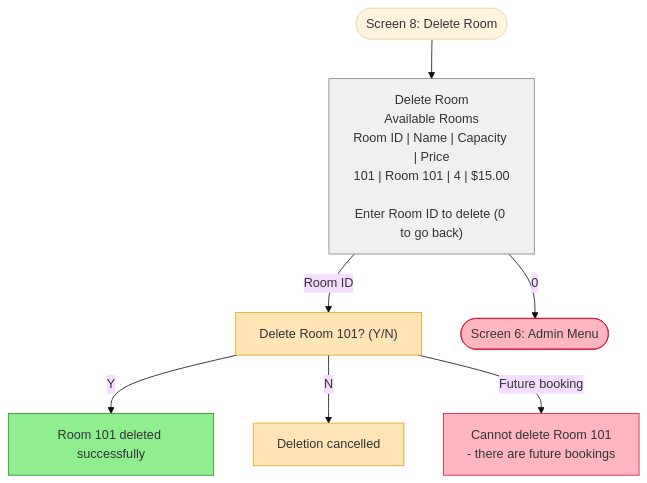
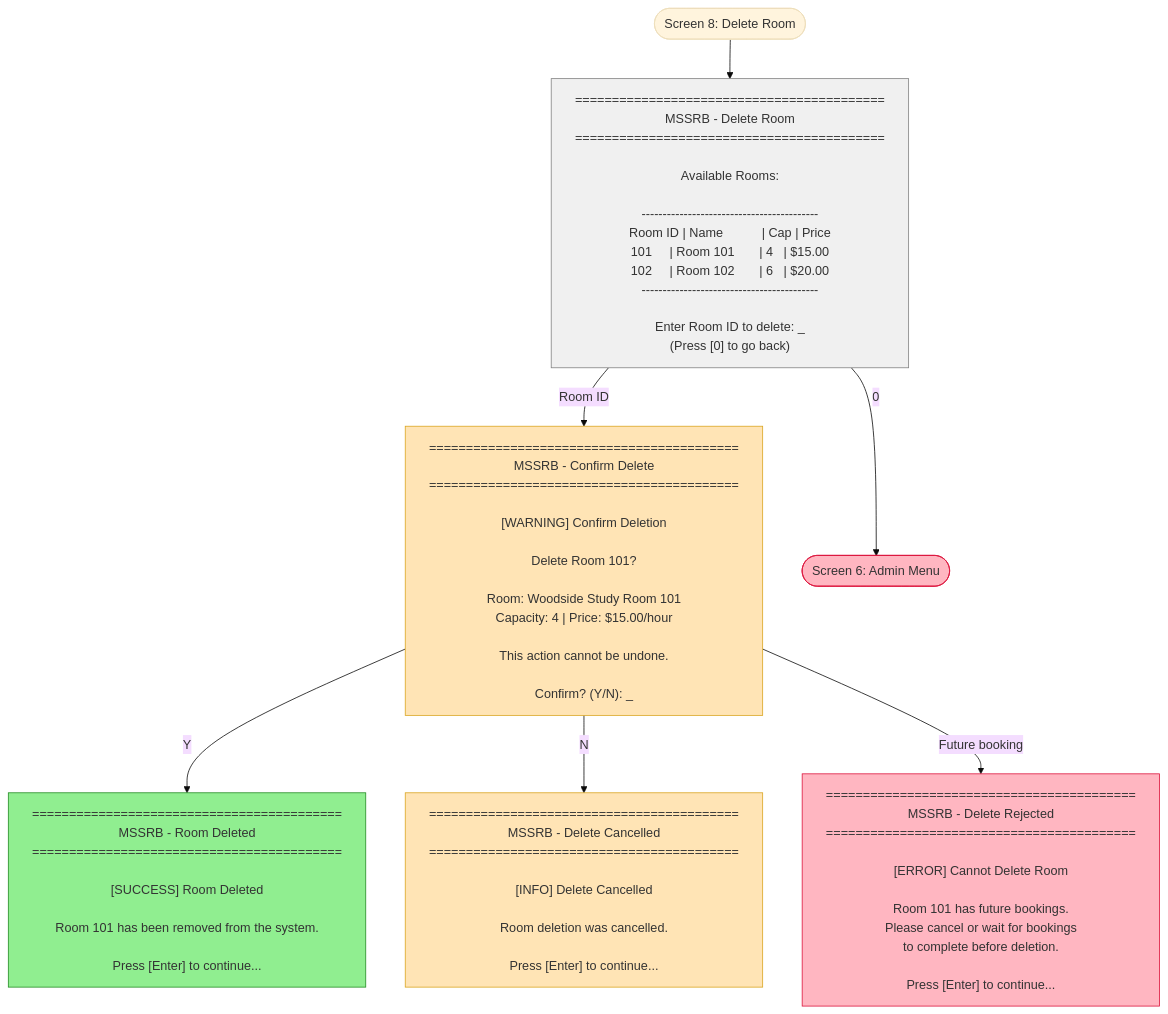
The diagram in mermaid/member_b/08_delete_room.flowchart.mmd (alii0110-monash/fit5136-study-room-booking), drawn with Mermaid (base theme) before and after one commit. The commit also changed 14 other files, not shown here.

First line of the commit message:
Convert all Mermaid files to screen-style format

```diff
--- a/mermaid/member_b/08_delete_room.flowchart.mmd
+++ b/mermaid/member_b/08_delete_room.flowchart.mmd
@@ -1,22 +1,90 @@
 flowchart TB
     DELETE_ROOM(["Screen 8: Delete Room"])
-    DR1["Delete Room<br>Available Rooms<br>Room ID | Name | Capacity | Price<br>101 | Room 101 | 4 | $15.00<br><br>Enter Room ID to delete (0 to go back)"]
-    DR2["Delete Room 101? (Y/N)"]
-    DR3["Room 101 deleted successfully"]
-    DR4["Deletion cancelled"]
-    DR5["Cannot delete Room 101<br>- there are future bookings"]
+
+    DR1["
+==========================================
+MSSRB - Delete Room
+==========================================
+
+Available Rooms:
+
+------------------------------------------
+Room ID | Name           | Cap | Price
+101     | Room 101       | 4   | $15.00
+102     | Room 102       | 6   | $20.00
+------------------------------------------
+
+Enter Room ID to delete: _
+(Press [0] to go back)
+    "]
+
+    DR2["
+==========================================
+MSSRB - Confirm Delete
+==========================================
+
+[WARNING] Confirm Deletion
+
+Delete Room 101?
+
+Room: Woodside Study Room 101
+Capacity: 4 | Price: $15.00/hour
+
+This action cannot be undone.
+
+Confirm? (Y/N): _
+    "]
+
+    DR3["
+==========================================
+MSSRB - Room Deleted
+==========================================
+
+[SUCCESS] Room Deleted
+
+Room 101 has been removed from the system.
+
+Press [Enter] to continue...
+    "]
+
+    DR4["
+==========================================
+MSSRB - Delete Cancelled
+==========================================
+
+[INFO] Delete Cancelled
+
+Room deletion was cancelled.
+
+Press [Enter] to continue...
+    "]
+
+    DR5["
+==========================================
+MSSRB - Delete Rejected
+==========================================
+
+[ERROR] Cannot Delete Room
+
+Room 101 has future bookings.
+Please cancel or wait for bookings
+to complete before deletion.
+
+Press [Enter] to continue...
+    "]
+
     ADMIN(["Screen 6: Admin Menu"])
 
     DELETE_ROOM --> DR1
     DR1 -->|"Room ID"| DR2
     DR1 -->|"0"| ADMIN
     DR2 -->|"Y"| DR3
     DR2 -->|"N"| DR4
     DR2 -->|"Future booking"| DR5
 
     style DR1 fill:#F0F0F0,stroke:#808080
     style DR2 fill:#FFE4B5,stroke:#DAA520
     style DR3 fill:#90EE90,stroke:#228B22
     style DR4 fill:#FFE4B5,stroke:#DAA520
     style DR5 fill:#FFB6C1,stroke:#DC143C
     style ADMIN fill:#FFB6C1,stroke:#DC143C
```
